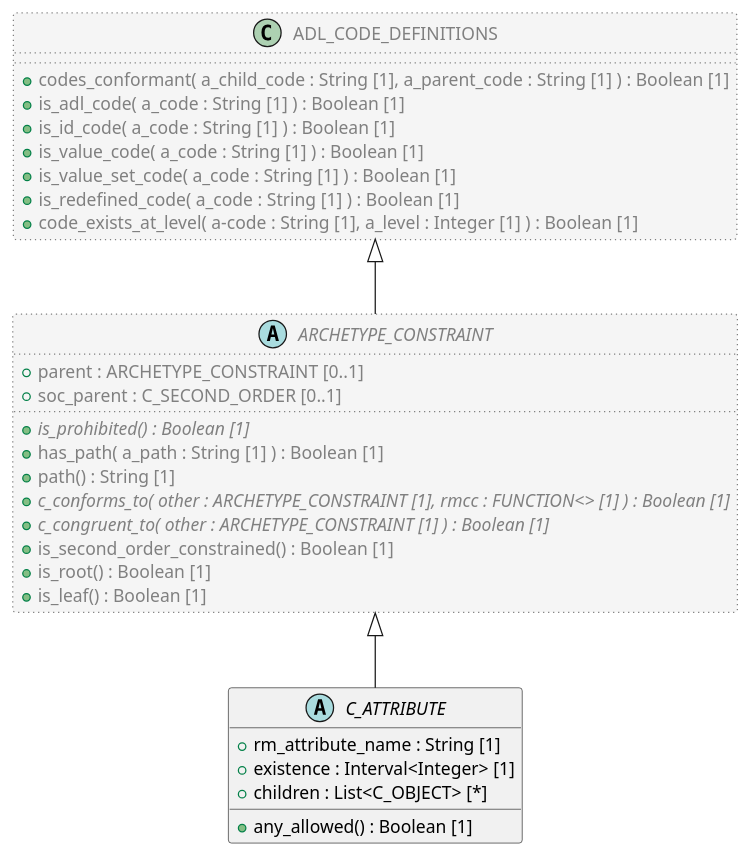
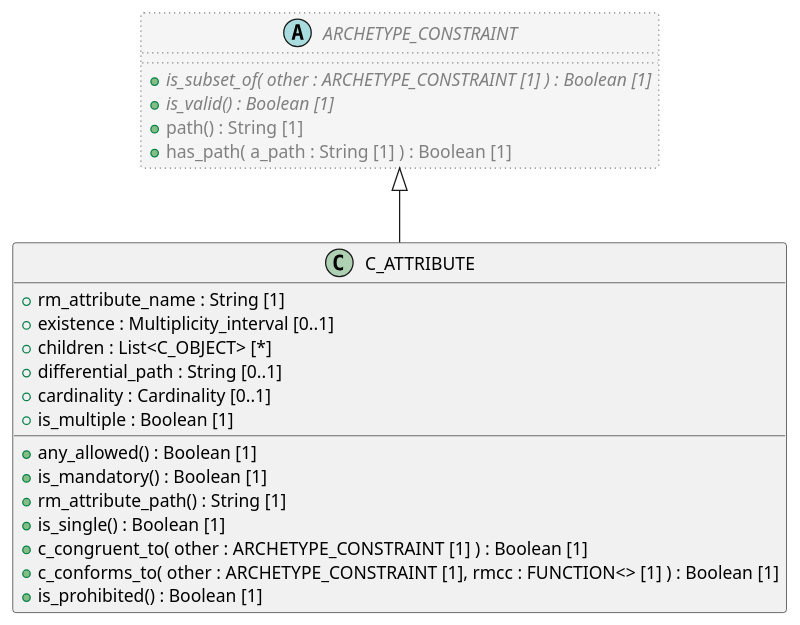
The diagram in code/PlantUML/openehr_am_2.4.0/org/openehr/am/aom2/constraint_model/C_ATTRIBUTE.puml (sebastian-iancu/code-generator), drawn with PlantUML before and after one commit. The commit also changed 140 other files, not shown here.

Commit message:
regenerate plantUML variant

```diff
--- a/code/PlantUML/openehr_am_2.4.0/org/openehr/am/aom2/constraint_model/C_ATTRIBUTE.puml
+++ b/code/PlantUML/openehr_am_2.4.0/org/openehr/am/aom2/constraint_model/C_ATTRIBUTE.puml
@@ -1,38 +1,29 @@
 @startuml
 
-abstract class C_ATTRIBUTE {
+class C_ATTRIBUTE {
   + rm_attribute_name : String [1]
-  + existence : Interval<Integer> [1]
+  + existence : Multiplicity_interval [0..1]
   + children : List<C_OBJECT> [*]
+  + differential_path : String [0..1]
+  + cardinality : Cardinality [0..1]
+  + is_multiple : Boolean [1]
   + any_allowed() : Boolean [1]
+  + is_mandatory() : Boolean [1]
+  + rm_attribute_path() : String [1]
+  + is_single() : Boolean [1]
+  + c_congruent_to( other : ARCHETYPE_CONSTRAINT [1] ) : Boolean [1]
+  + c_conforms_to( other : ARCHETYPE_CONSTRAINT [1], rmcc : FUNCTION<> [1] ) : Boolean [1]
+  + is_prohibited() : Boolean [1]
 }
 
 abstract class ARCHETYPE_CONSTRAINT  #whitesmoke;line:gray;line.dotted;text:gray {
-  + parent : ARCHETYPE_CONSTRAINT [0..1]
-  + soc_parent : C_SECOND_ORDER [0..1]
-  + {abstract} is_prohibited() : Boolean [1]
+  + {abstract} is_subset_of( other : ARCHETYPE_CONSTRAINT [1] ) : Boolean [1]
+  + {abstract} is_valid() : Boolean [1]
+  + path() : String [1]
   + has_path( a_path : String [1] ) : Boolean [1]
-  + path() : String [1]
-  + {abstract} c_conforms_to( other : ARCHETYPE_CONSTRAINT [1], rmcc : FUNCTION<> [1] ) : Boolean [1]
-  + {abstract} c_congruent_to( other : ARCHETYPE_CONSTRAINT [1] ) : Boolean [1]
-  + is_second_order_constrained() : Boolean [1]
-  + is_root() : Boolean [1]
-  + is_leaf() : Boolean [1]
 }
-
-class ADL_CODE_DEFINITIONS  #whitesmoke;line:gray;line.dotted;text:gray {
-  + codes_conformant( a_child_code : String [1], a_parent_code : String [1] ) : Boolean [1]
-  + is_adl_code( a_code : String [1] ) : Boolean [1]
-  + is_id_code( a_code : String [1] ) : Boolean [1]
-  + is_value_code( a_code : String [1] ) : Boolean [1]
-  + is_value_set_code( a_code : String [1] ) : Boolean [1]
-  + is_redefined_code( a_code : String [1] ) : Boolean [1]
-  + code_exists_at_level( a-code : String [1], a_level : Integer [1] ) : Boolean [1]
-}
-
-ADL_CODE_DEFINITIONS <|-- ARCHETYPE_CONSTRAINT
 
 ARCHETYPE_CONSTRAINT <|-- C_ATTRIBUTE
 
 
 @enduml
```
